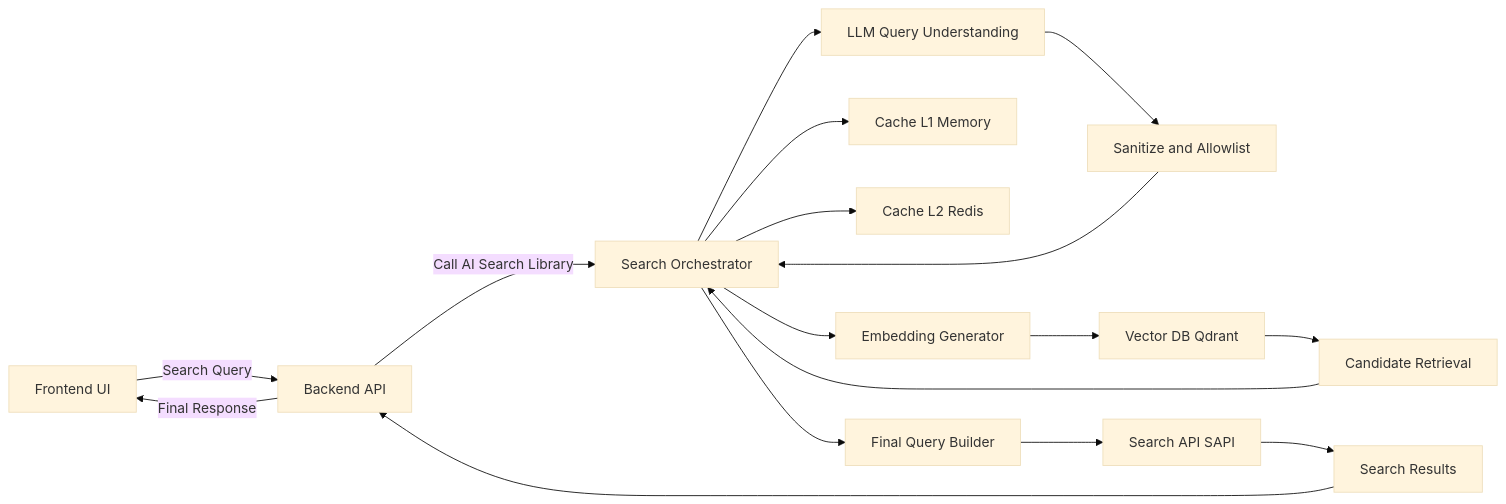
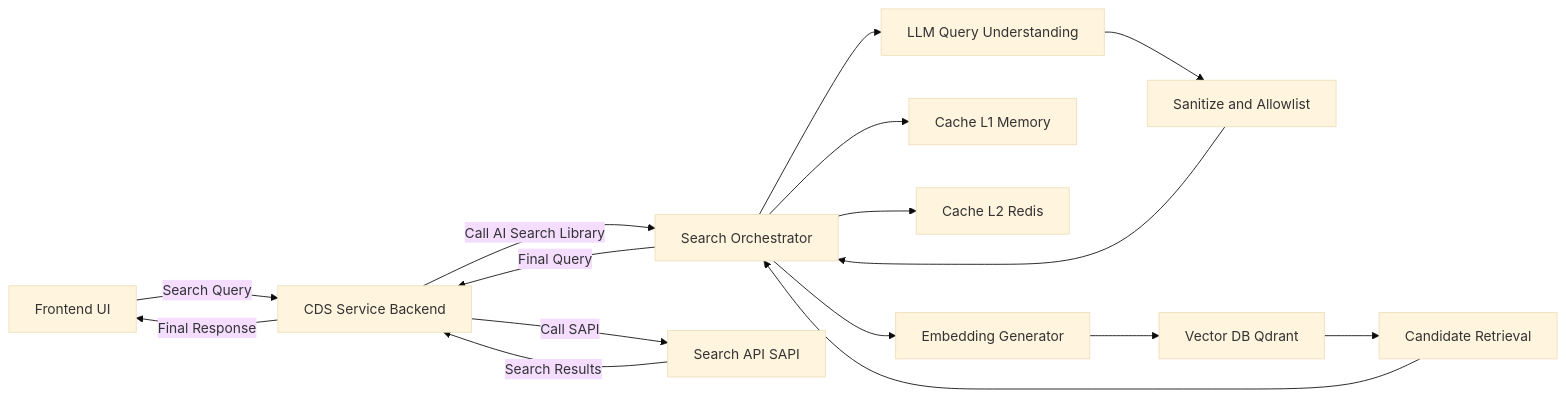
Before and after one commit to yaseen-epm/stable_search: the first of 3 diagrams in README.md, drawn with Mermaid (base theme). The commit also changed other lines of this file, not shown here.

````diff
--- a/README.md
+++ b/README.md
@@ -16,35 +18,34 @@
 ```mermaid
 flowchart LR
 
 %% Frontend
-A[Frontend UI] -->|Search Query| B[Backend API]
+A[Frontend UI] -->|Search Query| B[CDS Service Backend]
 
 %% Backend calls Library
 B -->|Call AI Search Library| C[Search Orchestrator]
 
-%% LLM Layer
+%% Library Internal Flow
 C --> D[LLM Query Understanding]
 D --> E[Sanitize and Allowlist]
 E --> C
 
-%% Cache Layer
 C --> F[Cache L1 Memory]
 C --> G[Cache L2 Redis]
 
-%% Semantic Search
 C --> H[Embedding Generator]
 H --> I[Vector DB Qdrant]
 I --> J[Candidate Retrieval]
 J --> C
 
-%% Final Query to Search API (SAPI)
-C --> K[Final Query Builder]
-K --> L[Search API SAPI]
+%% Library returns FINAL QUERY to CDS
+C -->|Final Query| B
 
-%% Response back to Backend
-L --> M[Search Results]
-M --> B
+%% CDS calls SAPI
+B -->|Call SAPI| K[Search API SAPI]
 
-%% Backend to Frontend
+%% SAPI returns results to CDS
+K -->|Search Results| B
+
+%% CDS returns response to FE
 B -->|Final Response| A
 ```
````
